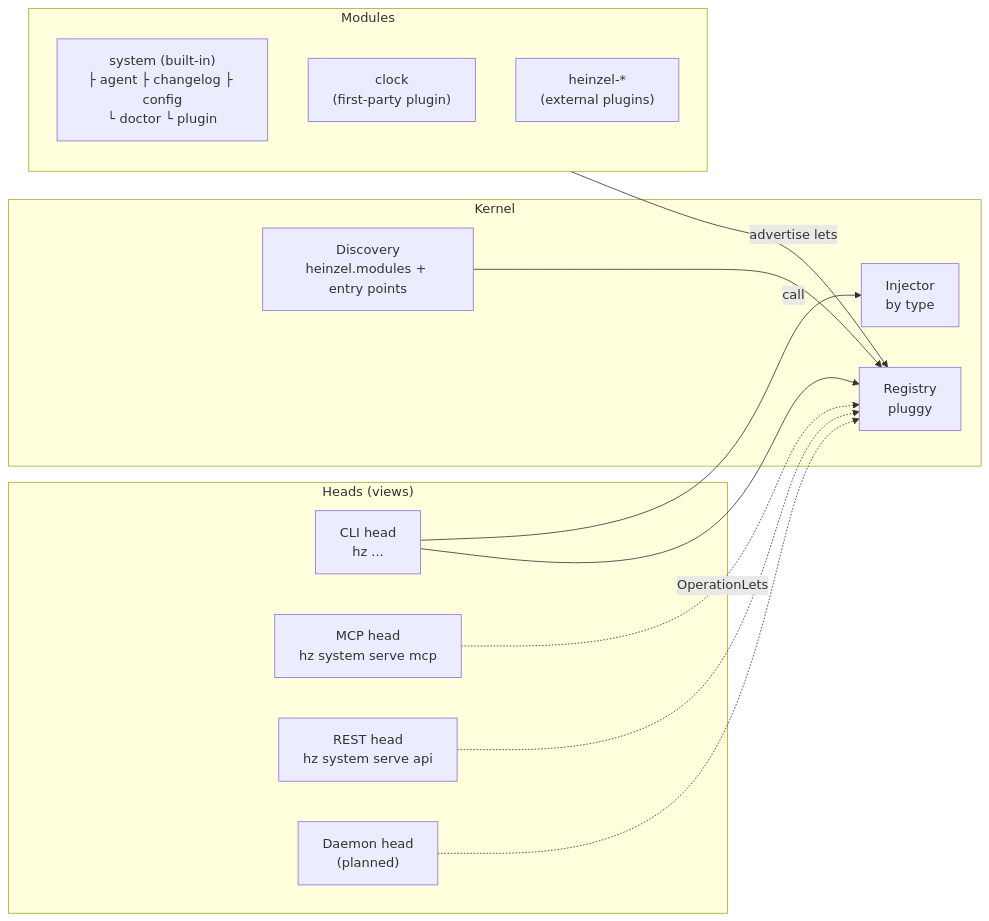
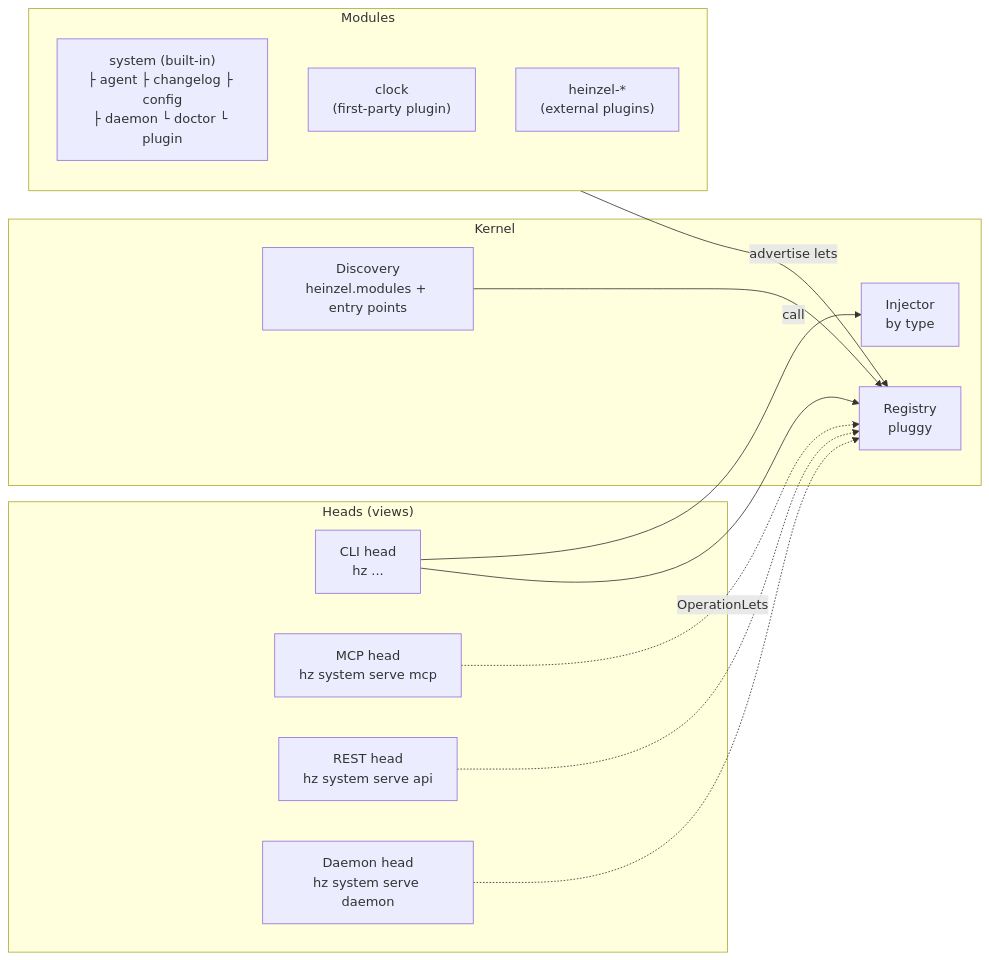
The diagram in docs/ARCHITECTURE.md (helmut-hoffer-von-ankershoffen/heinzel), drawn with Mermaid before and after one commit. The commit also changed other lines of this file and 1 other file, not shown here.

First line of the commit message:
docs(adr): record what 0.2 builds of the daemon head

````diff
--- a/docs/ARCHITECTURE.md
+++ b/docs/ARCHITECTURE.md
@@ -5,26 +5,26 @@
 ```mermaid
 flowchart LR
     subgraph Heads["Heads (views)"]
         CLI["CLI head<br/>hz ..."]
         MCP["MCP head<br/>hz system serve mcp"]
         REST["REST head<br/>hz system serve api"]
-        Daemon["Daemon head<br/>(planned)"]
+        Daemon["Daemon head<br/>hz system serve daemon"]
     end
     subgraph Kernel
         Discovery["Discovery<br/>heinzel.modules + entry points"]
         Registry["Registry<br/>pluggy"]
         Injector["Injector<br/>by type"]
     end
     subgraph Modules
-        System["system (built-in)<br/>├ agent ├ changelog ├ config<br/>└ doctor └ plugin"]
+        System["system (built-in)<br/>├ agent ├ changelog ├ config<br/>├ daemon └ doctor └ plugin"]
         Clock["clock<br/>(first-party plugin)"]
         Ext["heinzel-*<br/>(external plugins)"]
     end
     Discovery --> Registry
     Modules -- "advertise lets" --> Registry
     CLI -- "OperationLets" --> Registry
     MCP -.-> Registry
     REST -.-> Registry
     Daemon -.-> Registry
     CLI -- "call" --> Injector
 ```
````
